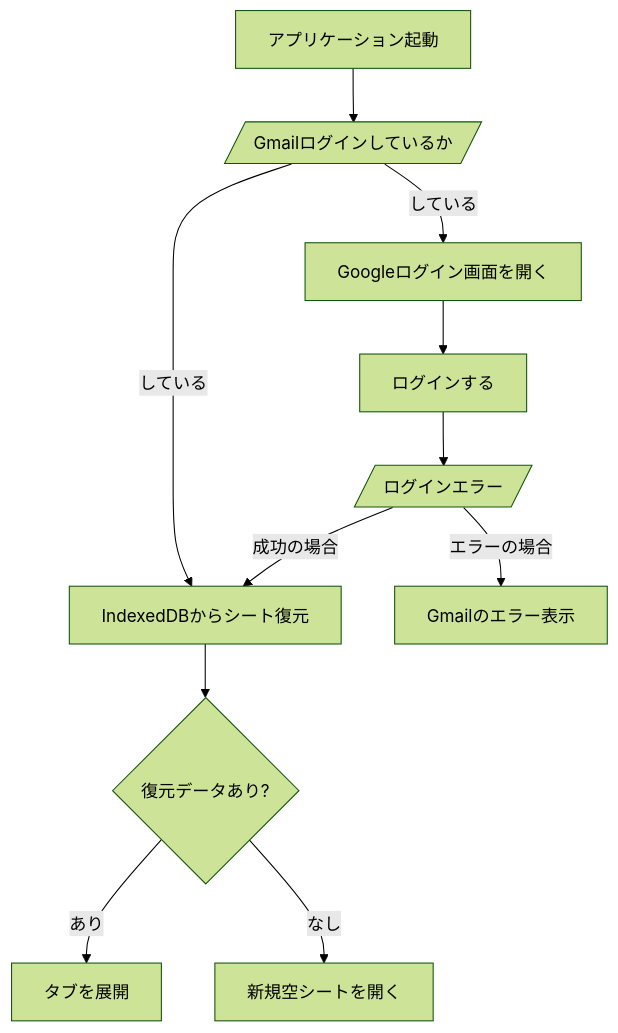
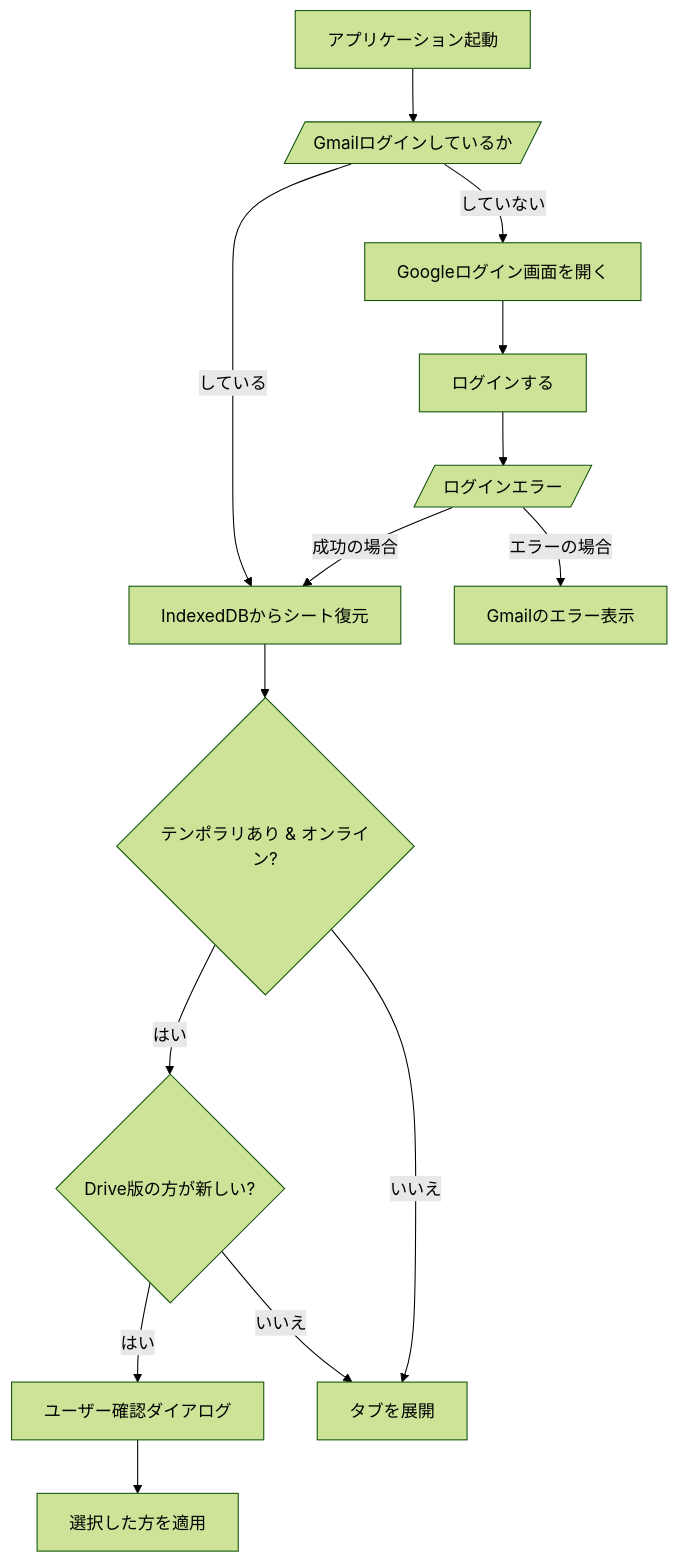
Before and after one commit to digitarhythm/leaf: the second of 2 diagrams in docs/leaf_specification.md, drawn with Mermaid (forest theme). The commit also changed other lines of this file and 28 other files, not shown here.

````diff
--- a/docs/leaf_specification.md
+++ b/docs/leaf_specification.md
@@ -112,13 +130,16 @@
 ```mermaid
 graph TD
     A[アプリケーション起動] --> B[/Gmailログインしているか/]
     B -- している --> G[IndexedDBからシート復元]
-    G --> H{復元データあり?}
-    H -- あり --> I[タブを展開]
-    H -- なし --> J[新規空シートを開く]
-    B -- している --> K[Googleログイン画面を開く]
-    K --> D[ログインする]
+    G --> H{テンポラリあり & オンライン?}
+    H -- はい --> I{Drive版の方が新しい?}
+    I -- はい --> J[ユーザー確認ダイアログ]
+    J --> K[選択した方を適用]
+    I -- いいえ --> L[タブを展開]
+    H -- いいえ --> L
+    B -- していない --> C[Googleログイン画面を開く]
+    C --> D[ログインする]
     D --> E[/ログインエラー/]
     E -- エラーの場合 --> F[Gmailのエラー表示]
     E -- 成功の場合 --> G
 ```
````
